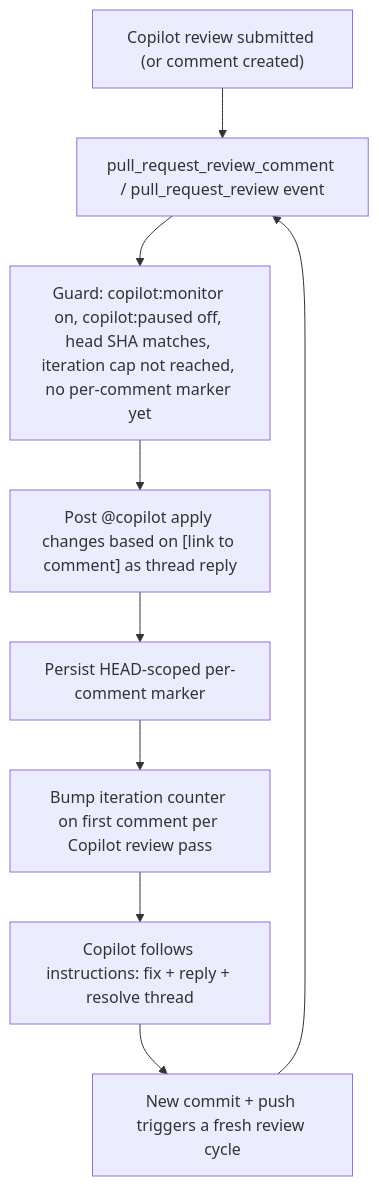
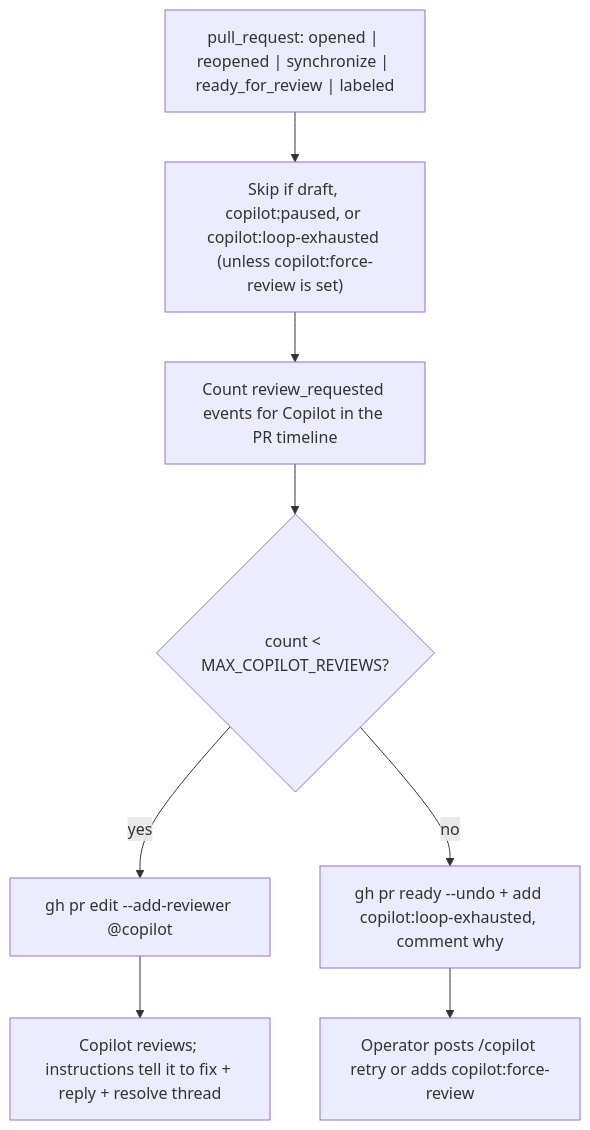
The diagram in .github/copilot-babysit/README.md (oleander/mcp-env-keychain), drawn with Mermaid before and after one commit. The commit also changed other lines of this file and 17 other files, not shown here.

````diff
--- a/.github/copilot-babysit/README.md
+++ b/.github/copilot-babysit/README.md
@@ -15,11 +14,10 @@
 ```mermaid
 flowchart TD
-  copilotReview["Copilot review submitted (or comment created)"] --> trigger["pull_request_review_comment / pull_request_review event"]
-  trigger --> guard["Guard: copilot:monitor on, copilot:paused off, head SHA matches, iteration cap not reached, no per-comment marker yet"]
-  guard --> respond["Post @copilot apply changes based on [link to comment] as thread reply"]
-  respond --> markComment["Persist HEAD-scoped per-comment marker"]
-  markComment --> bumpState["Bump iteration counter on first comment per Copilot review pass"]
-  bumpState --> copilotFix["Copilot follows instructions: fix + reply + resolve thread"]
-  copilotFix --> push["New commit + push triggers a fresh review cycle"]
-  push --> trigger
+  push["pull_request: opened | reopened | synchronize | ready_for_review | labeled"] --> gate["Skip if draft, copilot:paused, or copilot:loop-exhausted (unless copilot:force-review is set)"]
+  gate --> count["Count review_requested events for Copilot in the PR timeline"]
+  count --> branch{"count < MAX_COPILOT_REVIEWS?"}
+  branch -->|yes| request["gh pr edit --add-reviewer @copilot"]
+  branch -->|no| park["gh pr ready --undo + add copilot:loop-exhausted, comment why"]
+  request --> done["Copilot reviews; instructions tell it to fix + reply + resolve thread"]
+  park --> retry["Operator posts /copilot retry or adds copilot:force-review"]
 ```
````
